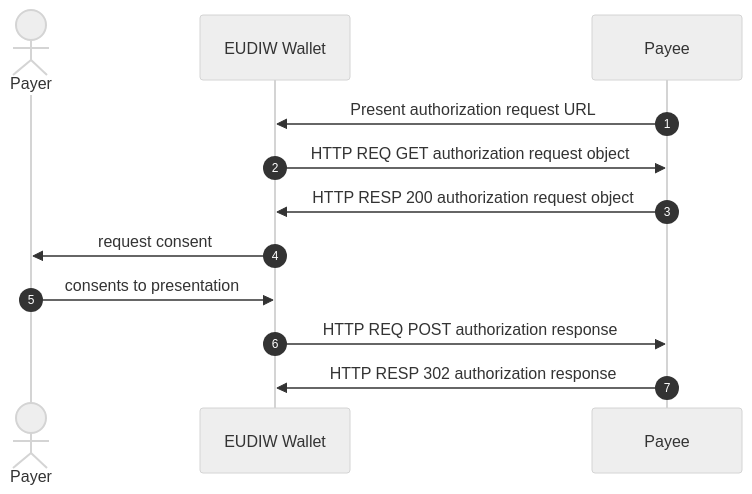
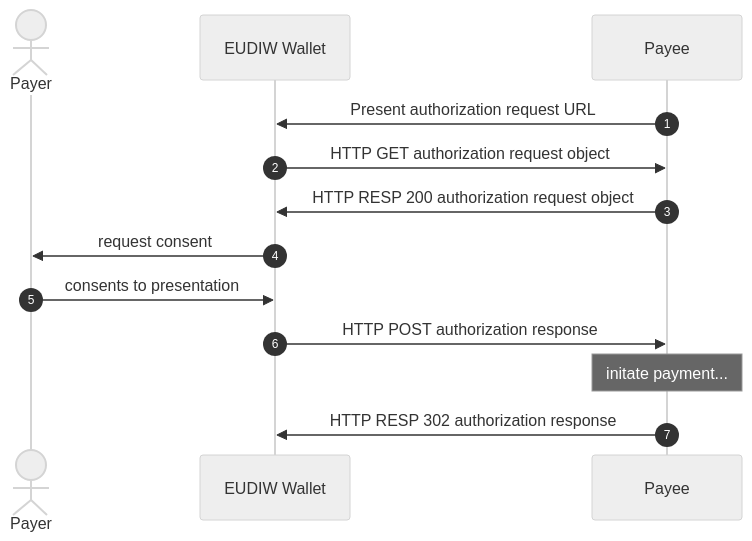
One commit to digitallabor-berlin/eudiw-sca changed the second of 5 diagrams in openbanking-r2s.md. Above: the diagram before and after it, drawn with Mermaid (neutral theme).

Commit message:
added initate payment step

````diff
--- a/openbanking-r2s.md
+++ b/openbanking-r2s.md
@@ -110,17 +110,18 @@
 ```mermaid
 
 sequenceDiagram
     autonumber
     actor payer as Payer
     participant uw as EUDIW Wallet
     participant payee as Payee
 
     payee ->> uw: Present authorization request URL
-    uw ->> payee: HTTP REQ GET authorization request object
+    uw ->> payee: HTTP GET authorization request object
     payee ->> uw: HTTP RESP 200 authorization request object
 
     uw ->> payer: request consent 
     payer ->> uw: consents to presentation
-    uw ->> payee: HTTP REQ POST authorization response
+    uw ->> payee: HTTP POST authorization response
+    Note over payee: initate payment... 
     payee ->> uw: HTTP RESP 302 authorization response
 ```
````
